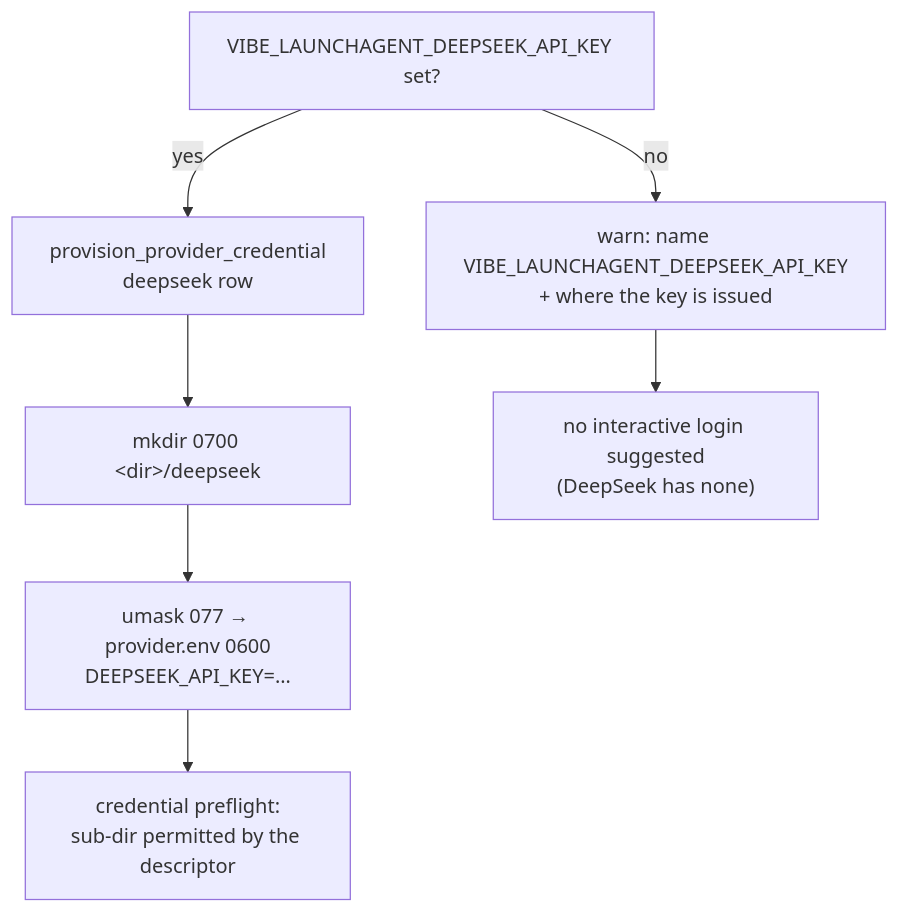
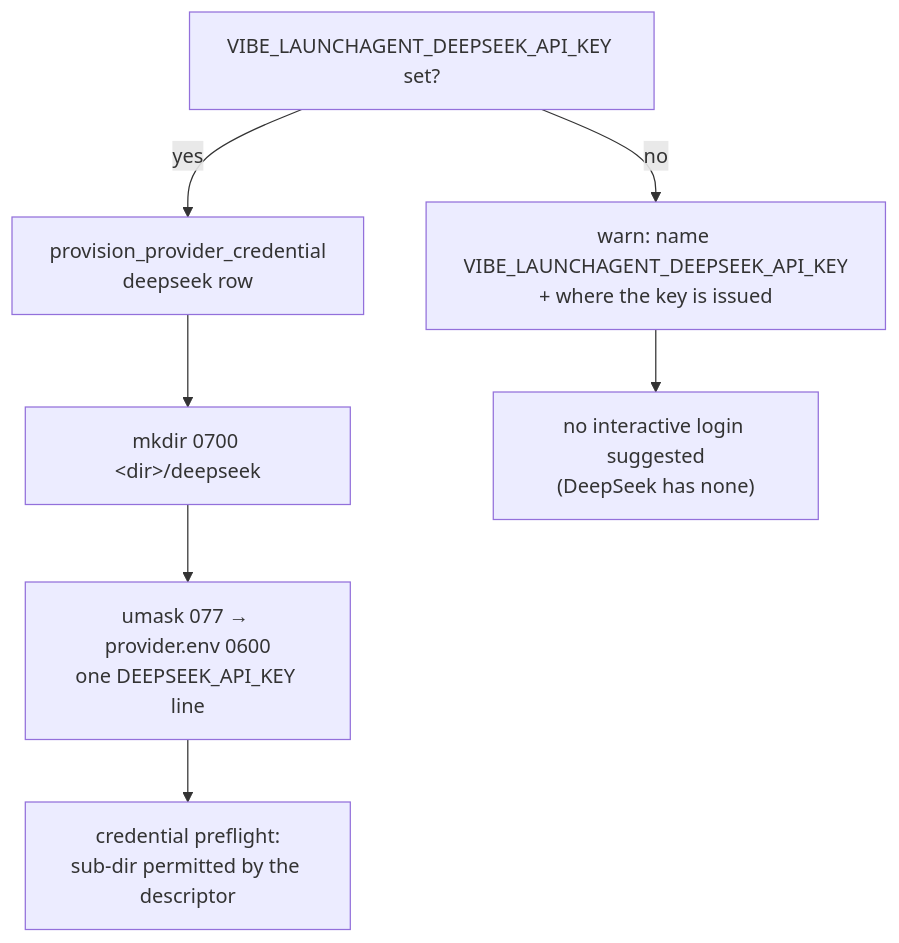
Before and after one commit to stSoftwareAU/VibeCoder: the diagram in docs/archive/pr-summaries/pr-summary-416.md, drawn with Mermaid. The commit also changed other lines of this file, not shown here.

````diff
--- a/docs/archive/pr-summaries/pr-summary-416.md
+++ b/docs/archive/pr-summaries/pr-summary-416.md
@@ -53,9 +53,9 @@
 ```mermaid
 flowchart TD
     A["VIBE_LAUNCHAGENT_DEEPSEEK_API_KEY set?"] -->|yes| B["provision_provider_credential<br/>deepseek row"]
     B --> C["mkdir 0700 &lt;dir&gt;/deepseek"]
-    C --> D["umask 077 → provider.env 0600<br/>DEEPSEEK_API_KEY=…"]
+    C --> D["umask 077 → provider.env 0600<br/>one DEEPSEEK_API_KEY line"]
     D --> E["credential preflight:<br/>sub-dir permitted by the descriptor"]
     A -->|no| F["warn: name VIBE_LAUNCHAGENT_DEEPSEEK_API_KEY<br/>+ where the key is issued"]
     F --> G["no interactive login suggested<br/>(DeepSeek has none)"]
 ```
````
